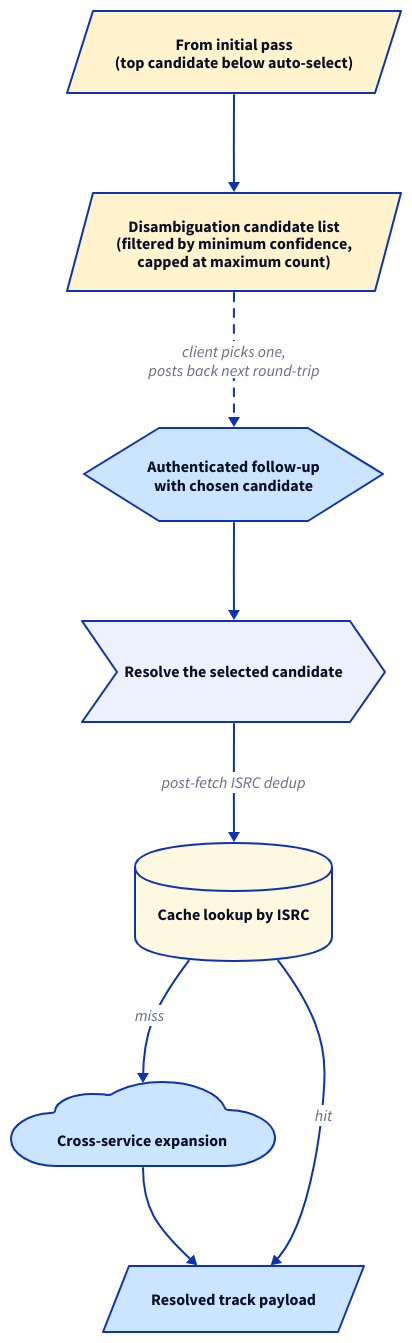
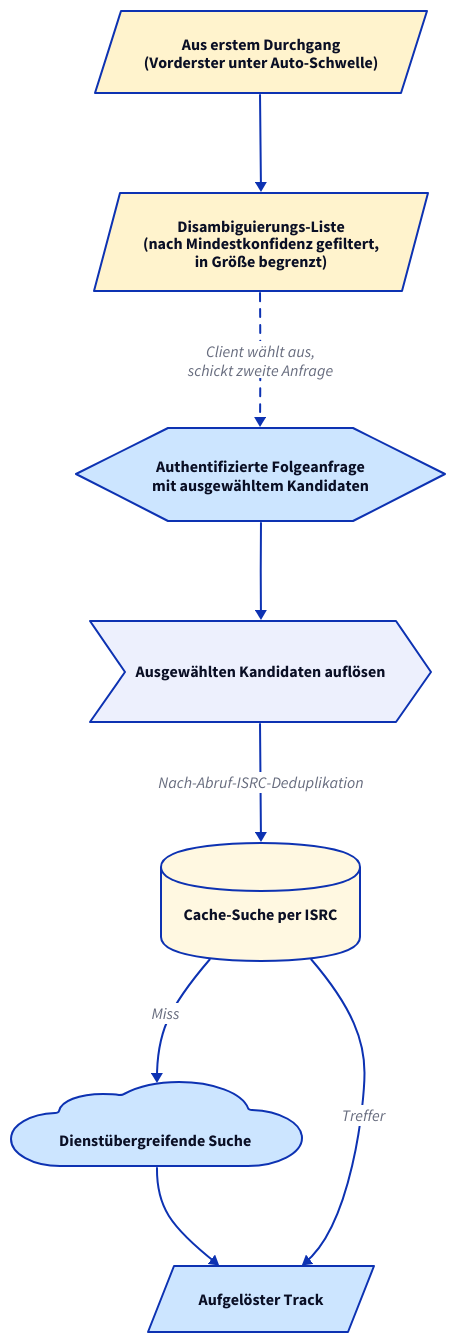
One commit to phranck/musiccloud changed the diagram in docs/resolve-flow/diagrams/02b-text-disambig.d2. Above: the diagram before and after it, drawn with D2. The commit also changed 29 other files, not shown here.

First line of the commit message:
Docs: Translate resolve-flow diagrams to German

```diff
--- a/docs/resolve-flow/diagrams/02b-text-disambig.d2
+++ b/docs/resolve-flow/diagrams/02b-text-disambig.d2
@@ -1,50 +1,50 @@
-# Free-text search, part 2: disambiguation list and follow-up round-trip.
+# Textsuche, Teil 2: Disambiguierungs-Liste und Folgeanfrage.
 
 direction: down
 
-input: "From initial pass\n(top candidate below auto-select)" {
+input: "Aus erstem Durchgang\n(Vorderster unter Auto-Schwelle)" {
   shape: parallelogram
   style.fill: "#fff3cd"
 }
 
-disambiguation: "Disambiguation candidate list\n(filtered by minimum confidence,\ncapped at maximum count)" {
+disambiguation: "Disambiguierungs-Liste\n(nach Mindestkonfidenz gefiltert,\nin Größe begrenzt)" {
   shape: parallelogram
   style.fill: "#fff3cd"
 }
 
 input -> disambiguation
 
-follow_up: "Authenticated follow-up\nwith chosen candidate" {
+follow_up: "Authentifizierte Folgeanfrage\nmit ausgewähltem Kandidaten" {
   shape: hexagon
   style.fill: "#cce5ff"
 }
 
-disambiguation -> follow_up: "client picks one,\nposts back next round-trip" {
+disambiguation -> follow_up: "Client wählt aus,\nschickt zweite Anfrage" {
   style.stroke-dash: 4
 }
 
-selected: "Resolve the selected candidate" {
+selected: "Ausgewählten Kandidaten auflösen" {
   shape: step
 }
 
 follow_up -> selected
 
-cache_isrc: "Cache lookup by ISRC" {
+cache_isrc: "Cache-Suche per ISRC" {
   shape: cylinder
   style.fill: "#fff8e1"
 }
 
-cross: "Cross-service expansion" {
+cross: "Dienstübergreifende Suche" {
   shape: cloud
   style.fill: "#cce5ff"
 }
 
-resolved: "Resolved track payload" {
+resolved: "Aufgelöster Track" {
   shape: parallelogram
   style.fill: "#cce5ff"
 }
 
-selected -> cache_isrc: "post-fetch ISRC dedup"
-cache_isrc -> cross: "miss"
+selected -> cache_isrc: "Nach-Abruf-ISRC-Deduplikation"
+cache_isrc -> cross: "Miss"
 cross -> resolved
-cache_isrc -> resolved: "hit"
+cache_isrc -> resolved: "Treffer"
```
